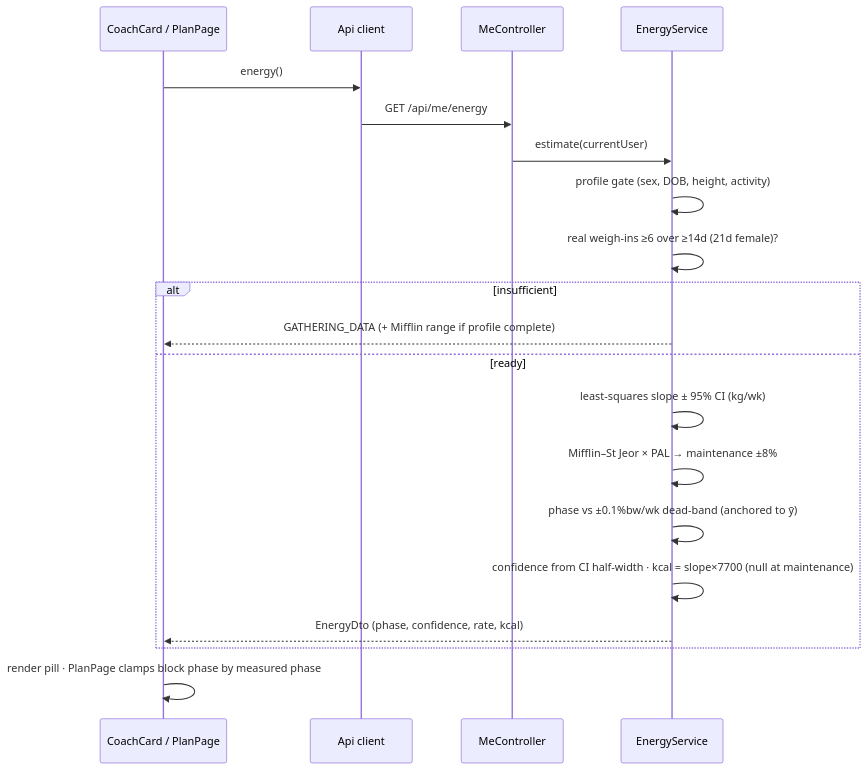
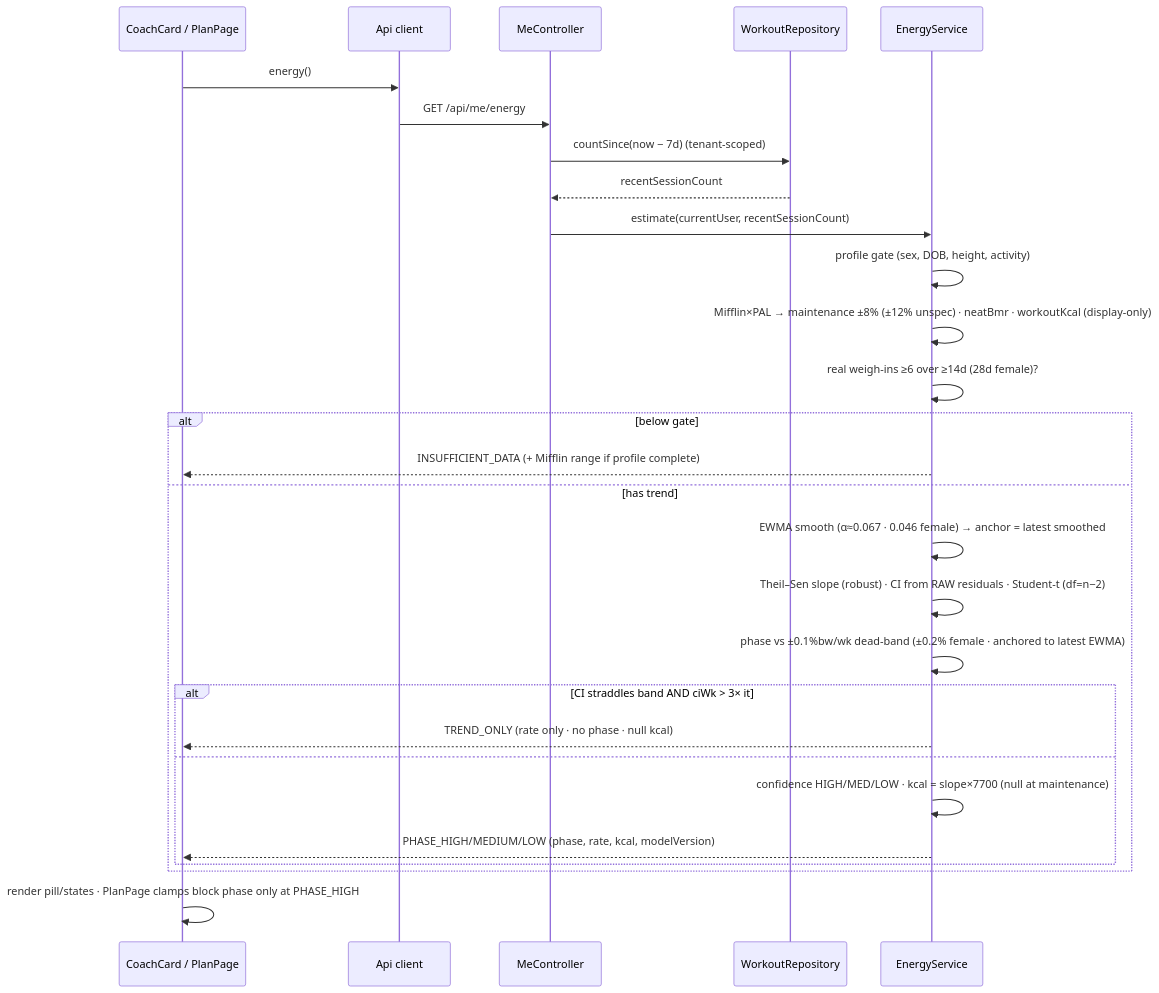
One commit to avishek-giftnote/workout-logger changed diagram 15 of 17 in docs/DIAGRAMS.md. Above: the diagram before and after it, drawn with Mermaid. The commit also changed 14 other files, not shown here.

First line of the commit message:
Bring the Coach energy model up to its designed spec (#53)

````diff
--- a/docs/DIAGRAMS.md
+++ b/docs/DIAGRAMS.md
@@ -716,22 +716,30 @@
 ```mermaid
 sequenceDiagram
   participant CC as CoachCard / PlanPage
   participant API as Api client
   participant MC as MeController
+  participant WR as WorkoutRepository
   participant ES as EnergyService
   CC->>API: energy()
   API->>MC: GET /api/me/energy
-  MC->>ES: estimate(currentUser)
+  MC->>WR: countSince(now − 7d) (tenant-scoped)
+  WR-->>MC: recentSessionCount
+  MC->>ES: estimate(currentUser, recentSessionCount)
   ES->>ES: profile gate (sex, DOB, height, activity)
-  ES->>ES: real weigh-ins ≥6 over ≥14d (21d female)?
-  alt insufficient
-    ES-->>CC: GATHERING_DATA (+ Mifflin range if profile complete)
-  else ready
-    ES->>ES: least-squares slope ± 95% CI (kg/wk)
-    ES->>ES: Mifflin–St Jeor × PAL → maintenance ±8%
-    ES->>ES: phase vs ±0.1%bw/wk dead-band (anchored to ȳ)
-    ES->>ES: confidence from CI half-width · kcal = slope×7700 (null at maintenance)
-    ES-->>CC: EnergyDto (phase, confidence, rate, kcal)
+  ES->>ES: Mifflin×PAL → maintenance ±8% (±12% unspec) · neatBmr · workoutKcal (display-only)
+  ES->>ES: real weigh-ins ≥6 over ≥14d (28d female)?
+  alt below gate
+    ES-->>CC: INSUFFICIENT_DATA (+ Mifflin range if profile complete)
+  else has trend
+    ES->>ES: EWMA smooth (α≈0.067 · 0.046 female) → anchor = latest smoothed
+    ES->>ES: Theil–Sen slope (robust) · CI from RAW residuals · Student-t (df=n−2)
+    ES->>ES: phase vs ±0.1%bw/wk dead-band (±0.2% female · anchored to latest EWMA)
+    alt CI straddles band AND ciWk > 3× it
+      ES-->>CC: TREND_ONLY (rate only · no phase · null kcal)
+    else
+      ES->>ES: confidence HIGH/MED/LOW · kcal = slope×7700 (null at maintenance)
+      ES-->>CC: PHASE_HIGH/MEDIUM/LOW (phase, rate, kcal, modelVersion)
+    end
   end
-  CC->>CC: render pill · PlanPage clamps block phase by measured phase
+  CC->>CC: render pill/states · PlanPage clamps block phase only at PHASE_HIGH
 ```
````
